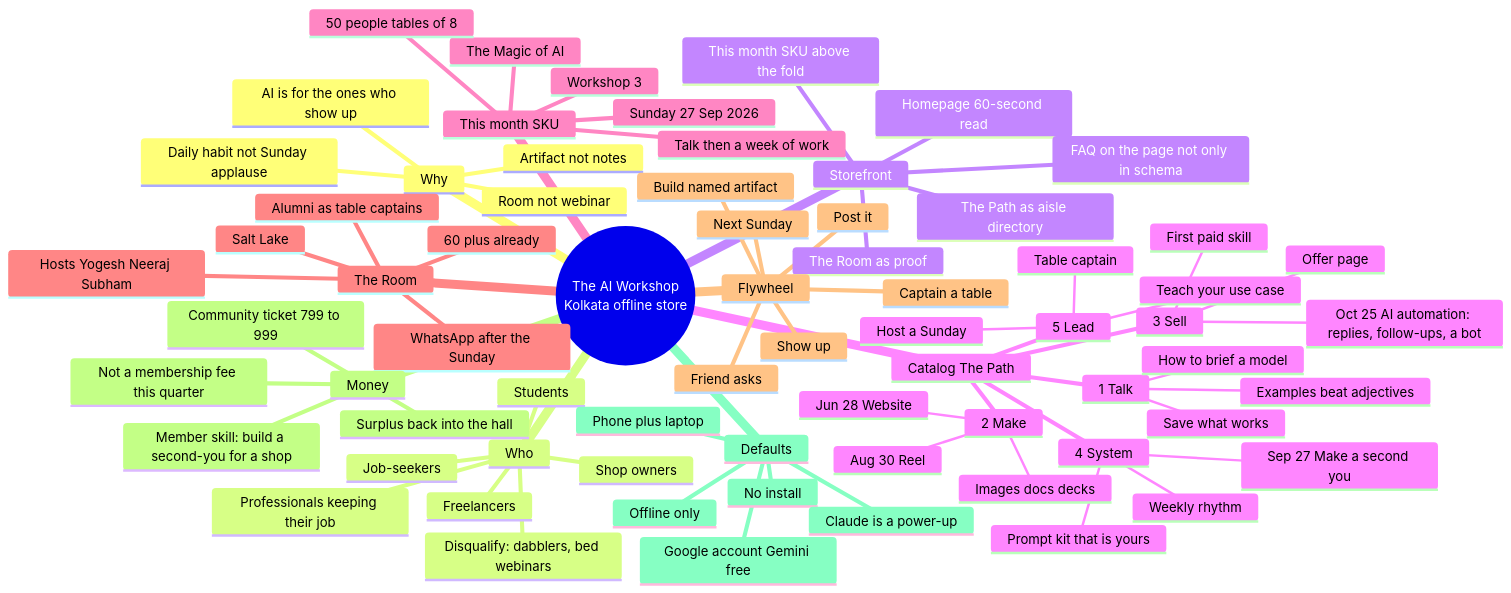
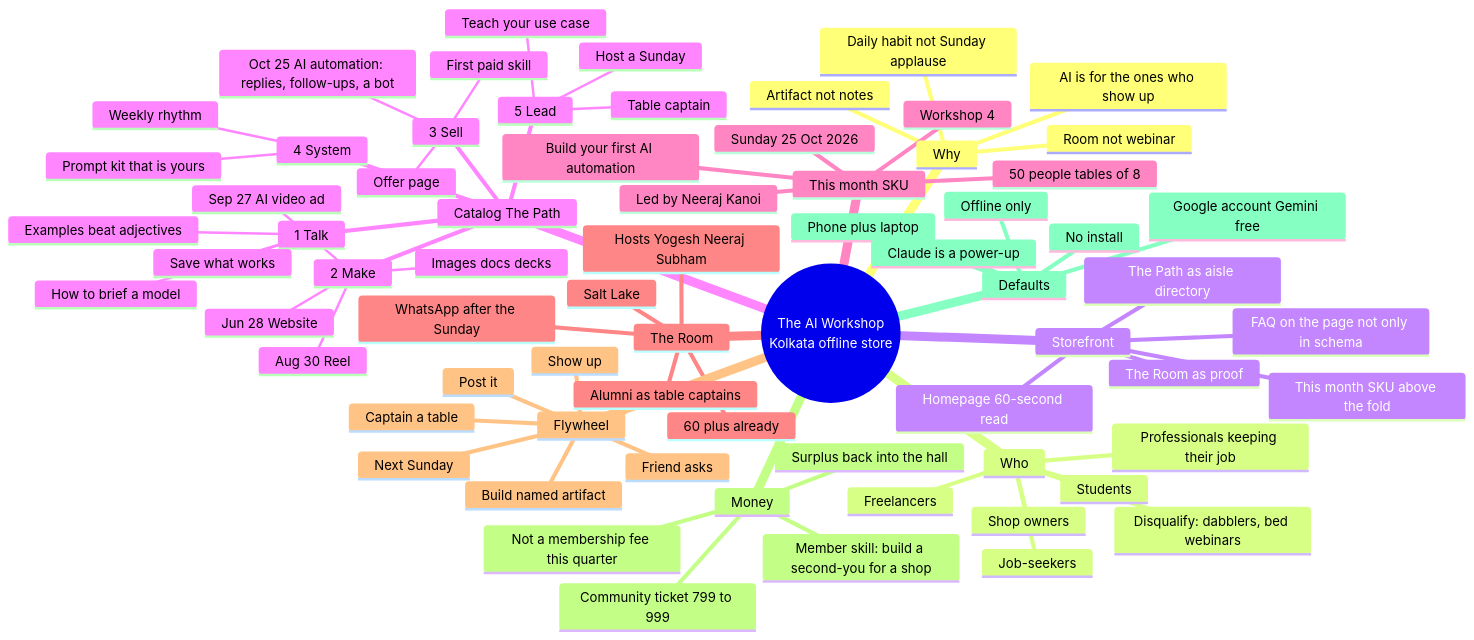
Before and after one commit to subhamkanoi-jpg/theaiworkshop: the first of 4 diagrams in docs/MIND-MAP.md, drawn with Mermaid. The commit also changed other lines of this file and 2 other files, not shown here.

Commit message:
Runbook: follow-ups that run in Make, required bot hand-over, honest free-tier maths
- 7.2/7.3 rebuilt so one search feeds both routes and an empty Gmail
  search becomes count = 0 through a Numeric aggregator; both paths are
  tested in order (send, then stop-on-reply).
- 7.5 hand-over is required: own-chat alert, Bot questions tab, and the
  [HANDOVER] marker stripped from customer messages.
- 3/4/7.6 do the operations arithmetic out loud and measure it in the
  dry run; the 4.1 Gmail fallbacks must cover drafts, send and inbox search.
- Reply promise is "no lead waits more than an hour in working hours";
  WhatsApp bullet corrected; 11:30 accounts and 7.4 optional tags tidied.
- Encyclopedia reply time and the mind map (Workshop 4 SKU, store-floor
  line, year timeline) brought in line.

````diff
--- a/docs/MIND-MAP.md
+++ b/docs/MIND-MAP.md
@@ -9,74 +9,74 @@
 ```mermaid
 mindmap
   root((The AI Workshop
   Kolkata offline store))
     Why
       AI is for the ones who show up
       Artifact not notes
       Room not webinar
       Daily habit not Sunday applause
     Who
       Shop owners
       Students
       Job-seekers
       Freelancers
       Professionals keeping their job
       Disqualify: dabblers, bed webinars
     Storefront
       Homepage 60-second read
       This month SKU above the fold
       The Path as aisle directory
       The Room as proof
       FAQ on the page not only in schema
     Catalog The Path
       1 Talk
         How to brief a model
         Examples beat adjectives
         Save what works
       2 Make
         Jun 28 Website
         Aug 30 Reel
+        Sep 27 AI video ad
         Images docs decks
       3 Sell
         Oct 25 AI automation: replies, follow-ups, a bot
         Offer page
         First paid skill
       4 System
-        Sep 27 Make a second you
         Weekly rhythm
         Prompt kit that is yours
       5 Lead
         Table captain
         Host a Sunday
         Teach your use case
     This month SKU
-      Workshop 3
-      Sunday 27 Sep 2026
-      The Magic of AI
-      Talk then a week of work
+      Workshop 4
+      Sunday 25 Oct 2026
+      Build your first AI automation
+      Led by Neeraj Kanoi
       50 people tables of 8
     The Room
       Salt Lake
       Hosts Yogesh Neeraj Subham
       60 plus already
       WhatsApp after the Sunday
       Alumni as table captains
     Flywheel
       Show up
       Build named artifact
       Post it
       Friend asks
       Next Sunday
       Captain a table
     Money
       Community ticket 799 to 999
       Surplus back into the hall
       Member skill: build a second-you for a shop
       Not a membership fee this quarter
     Defaults
       Offline only
       Google account Gemini free
       Phone plus laptop
       No install
       Claude is a power-up
 ```
````
